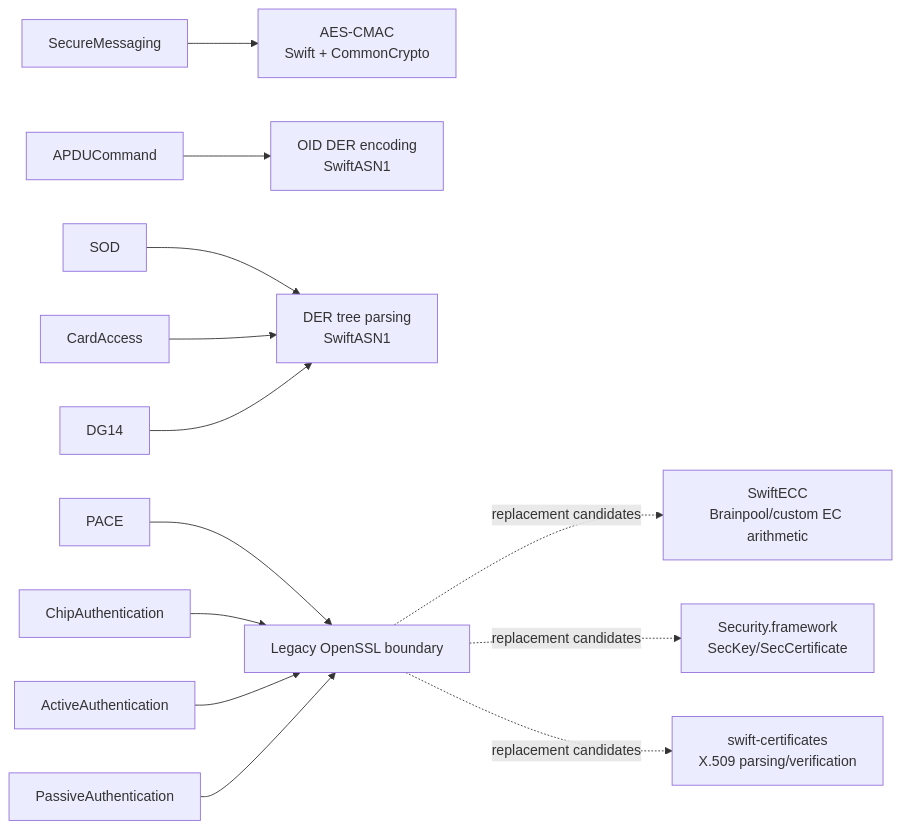
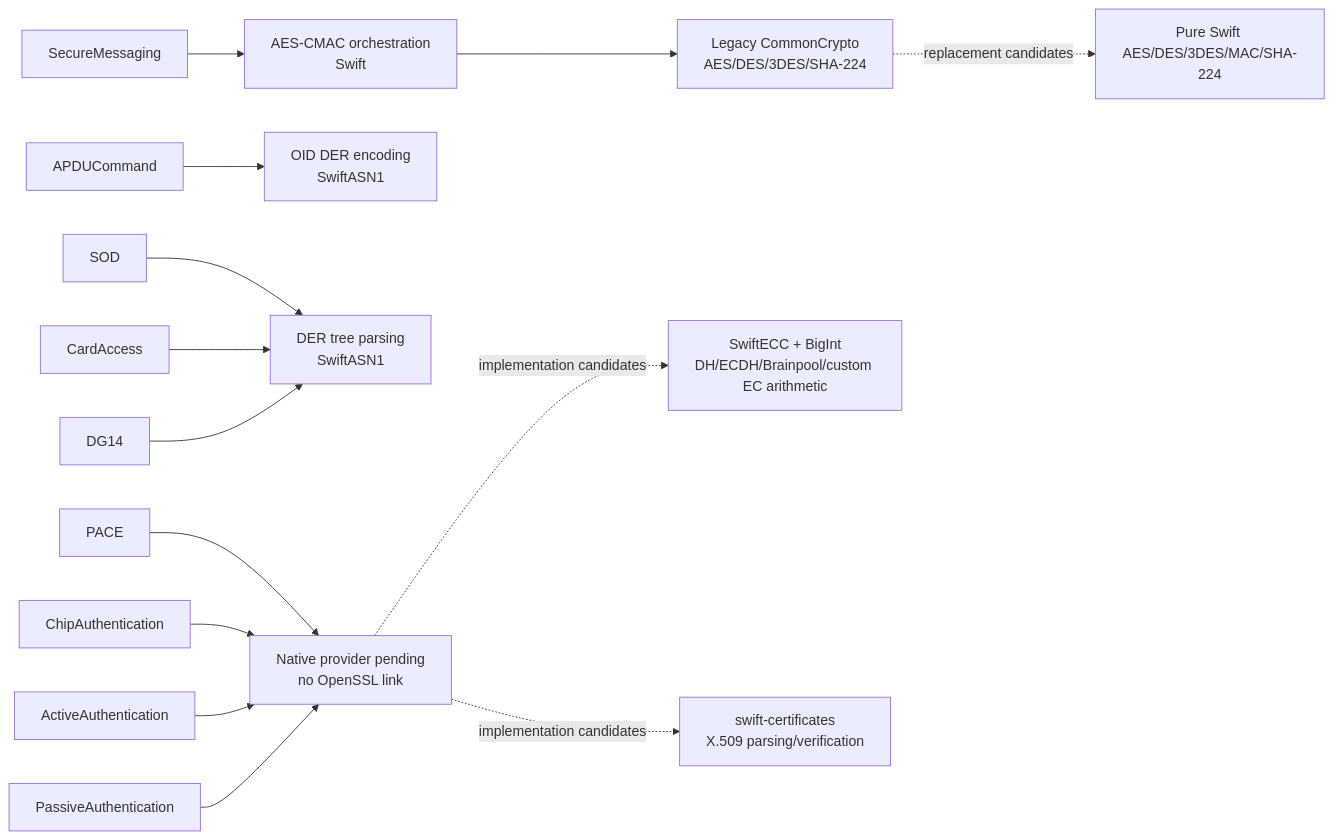
Before and after one commit to advatar/iNFC: the first of 4 diagrams in Documentation/Architecture.md, drawn with Mermaid. The commit also changed other lines of this file and 35 other files, not shown here.

Commit message:
Remove OpenSSL dependency and add native passport crypto

````diff
--- a/Documentation/Architecture.md
+++ b/Documentation/Architecture.md
@@ -37,17 +41,18 @@
 ```mermaid
 flowchart LR
-    SecureMessaging --> NativeCMAC[AES-CMAC<br/>Swift + CommonCrypto]
+    SecureMessaging --> NativeCMAC[AES-CMAC orchestration<br/>Swift]
+    NativeCMAC --> LegacySymmetric[Legacy CommonCrypto<br/>AES/DES/3DES/SHA-224]
     APDUCommand --> SwiftASN1OID[OID DER encoding<br/>SwiftASN1]
     SOD --> SwiftASN1DER[DER tree parsing<br/>SwiftASN1]
     CardAccess --> SwiftASN1DER
     DG14 --> SwiftASN1DER
 
-    PACE --> LegacyOpenSSL[Legacy OpenSSL boundary]
-    ChipAuthentication --> LegacyOpenSSL
-    ActiveAuthentication --> LegacyOpenSSL
-    PassiveAuthentication --> LegacyOpenSSL
+    PACE --> NativePending[Native provider pending<br/>no OpenSSL link]
+    ChipAuthentication --> NativePending
+    ActiveAuthentication --> NativePending
+    PassiveAuthentication --> NativePending
 
-    LegacyOpenSSL -. replacement candidates .-> SwiftECC[SwiftECC<br/>Brainpool/custom EC arithmetic]
-    LegacyOpenSSL -. replacement candidates .-> SecurityFramework[Security.framework<br/>SecKey/SecCertificate]
-    LegacyOpenSSL -. replacement candidates .-> SwiftCertificates[swift-certificates<br/>X.509 parsing/verification]
+    NativePending -. implementation candidates .-> SwiftECC[SwiftECC + BigInt<br/>DH/ECDH/Brainpool/custom EC arithmetic]
+    NativePending -. implementation candidates .-> SwiftCertificates[swift-certificates<br/>X.509 parsing/verification]
+    LegacySymmetric -. replacement candidates .-> SwiftCiphers[Pure Swift AES/DES/3DES/MAC/SHA-224]
 ```
````
